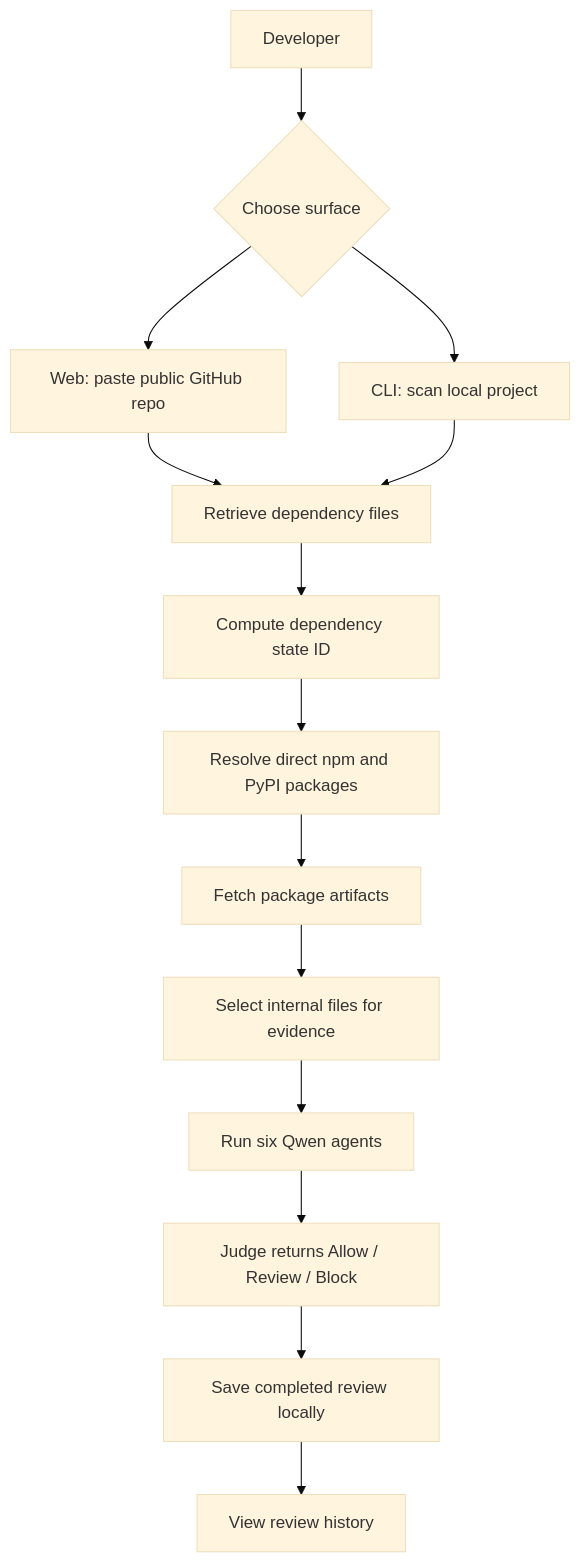
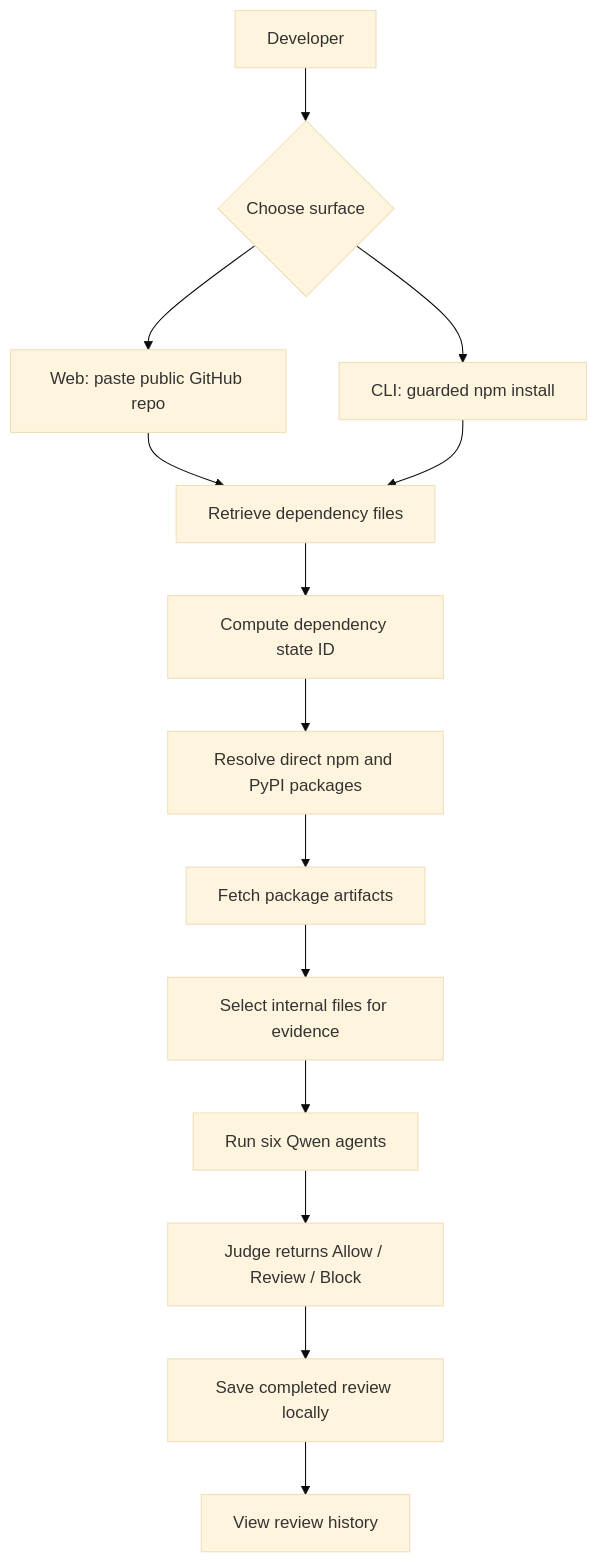
The first of 2 diagrams in README.md (lapsapthong-16/qwenhack26), drawn with Mermaid (base theme) before and after one commit. The commit also changed other lines of this file and 16 other files, not shown here.

Commit message:
implement npm install guarding with automated evidence collection and HTML report generation

````diff
--- a/README.md
+++ b/README.md
@@ -54,16 +54,16 @@
 ```mermaid
 flowchart TD
   A["Developer"] --> B{"Choose surface"}
   B --> C["Web: paste public GitHub repo"]
-  B --> D["CLI: scan local project"]
+  B --> D["CLI: guarded npm install"]
   C --> E["Retrieve dependency files"]
   D --> E
   E --> F["Compute dependency state ID"]
   F --> G["Resolve direct npm and PyPI packages"]
   G --> H["Fetch package artifacts"]
   H --> I["Select internal files for evidence"]
   I --> J["Run six Qwen agents"]
   J --> K["Judge returns Allow / Review / Block"]
   K --> L["Save completed review locally"]
   L --> M["View review history"]
 ```
````
